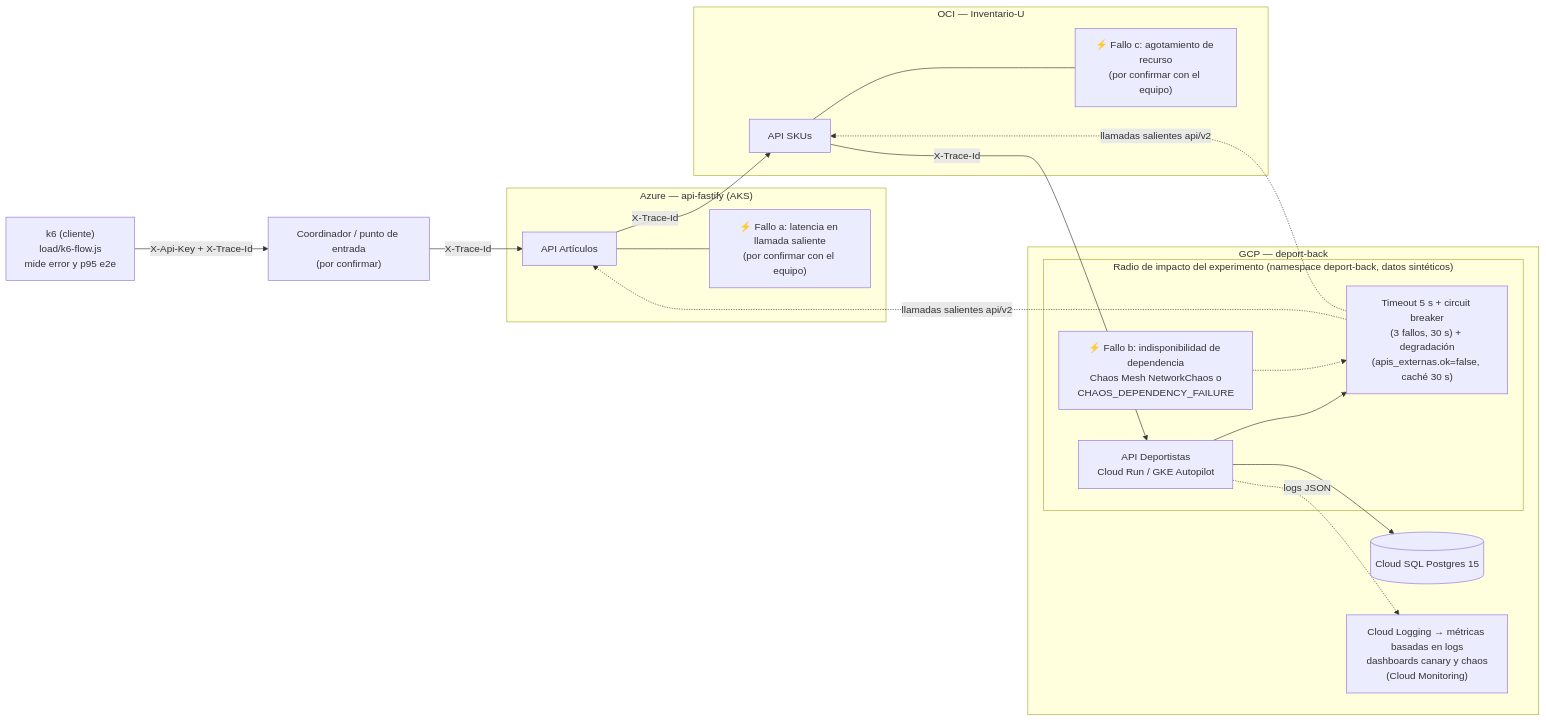
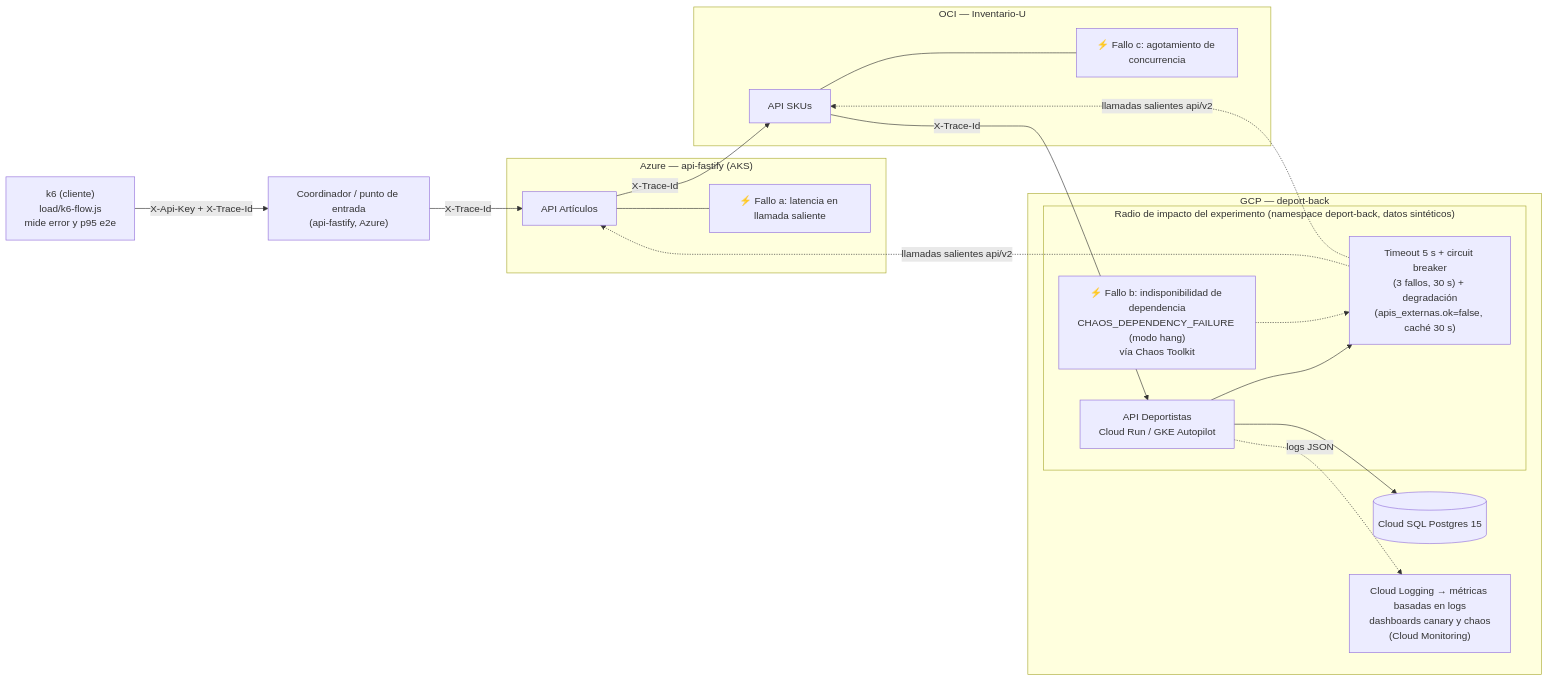
Before and after one commit to redundante3452/deportBack: the second of 2 diagrams in README.md, drawn with Mermaid. The commit also changed other lines of this file and 1 other file, not shown here.

````diff
--- a/README.md
+++ b/README.md
@@ -296,36 +296,36 @@
 ```mermaid
 flowchart LR
-    K6["k6 (cliente)<br/>load/k6-flow.js<br/>mide error y p95 e2e"] -->|"X-Api-Key + X-Trace-Id"| COORD["Coordinador / punto de entrada<br/>(por confirmar)"]
+    K6["k6 (cliente)<br/>load/k6-flow.js<br/>mide error y p95 e2e"] -->|"X-Api-Key + X-Trace-Id"| COORD["Coordinador / punto de entrada<br/>(api-fastify, Azure)"]
 
     subgraph AZ["Azure — api-fastify (AKS)"]
         AF["API Artículos"]
-        FA["⚡ Fallo a: latencia en llamada saliente<br/>(por confirmar con el equipo)"]
+        FA["⚡ Fallo a: latencia en llamada saliente"]
         AF --- FA
     end
 
     subgraph OCI["OCI — Inventario-U"]
         INV["API SKUs"]
-        FC["⚡ Fallo c: agotamiento de recurso<br/>(por confirmar con el equipo)"]
+        FC["⚡ Fallo c: agotamiento de concurrencia"]
         INV --- FC
     end
 
     subgraph GCP["GCP — deport-back"]
         subgraph BR["Radio de impacto del experimento (namespace deport-back, datos sintéticos)"]
             API["API Deportistas<br/>Cloud Run / GKE Autopilot"]
             CB["Timeout 5 s + circuit breaker<br/>(3 fallos, 30 s) + degradación<br/>(apis_externas.ok=false, caché 30 s)"]
-            FB["⚡ Fallo b: indisponibilidad de dependencia<br/>Chaos Mesh NetworkChaos o<br/>CHAOS_DEPENDENCY_FAILURE"]
+            FB["⚡ Fallo b: indisponibilidad de dependencia<br/>CHAOS_DEPENDENCY_FAILURE (modo hang)<br/>vía Chaos Toolkit"]
             API --> CB
             FB -.-> CB
         end
         DB[("Cloud SQL Postgres 15")]
         MON["Cloud Logging → métricas basadas en logs<br/>dashboards canary y chaos<br/>(Cloud Monitoring)"]
         API --> DB
         API -.->|"logs JSON"| MON
     end
 
     COORD -->|"X-Trace-Id"| AF
     AF -->|"X-Trace-Id"| INV
     INV -->|"X-Trace-Id"| API
     CB -.->|"llamadas salientes api/v2"| AF
     CB -.->|"llamadas salientes api/v2"| INV
 ```
````
